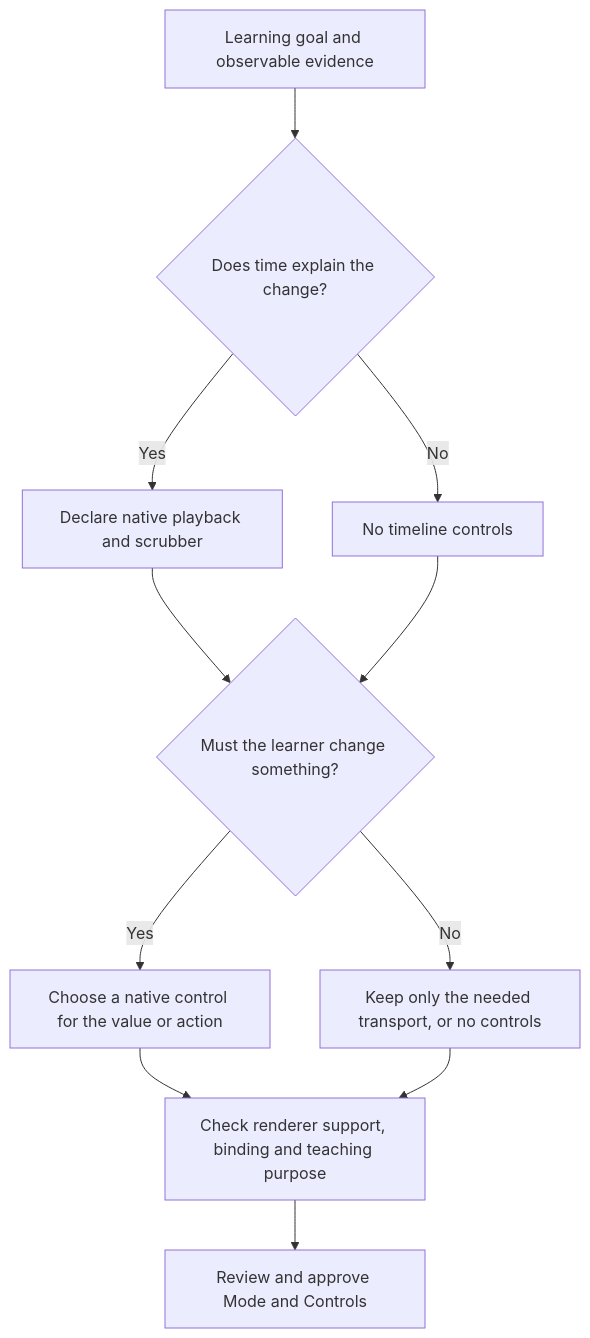
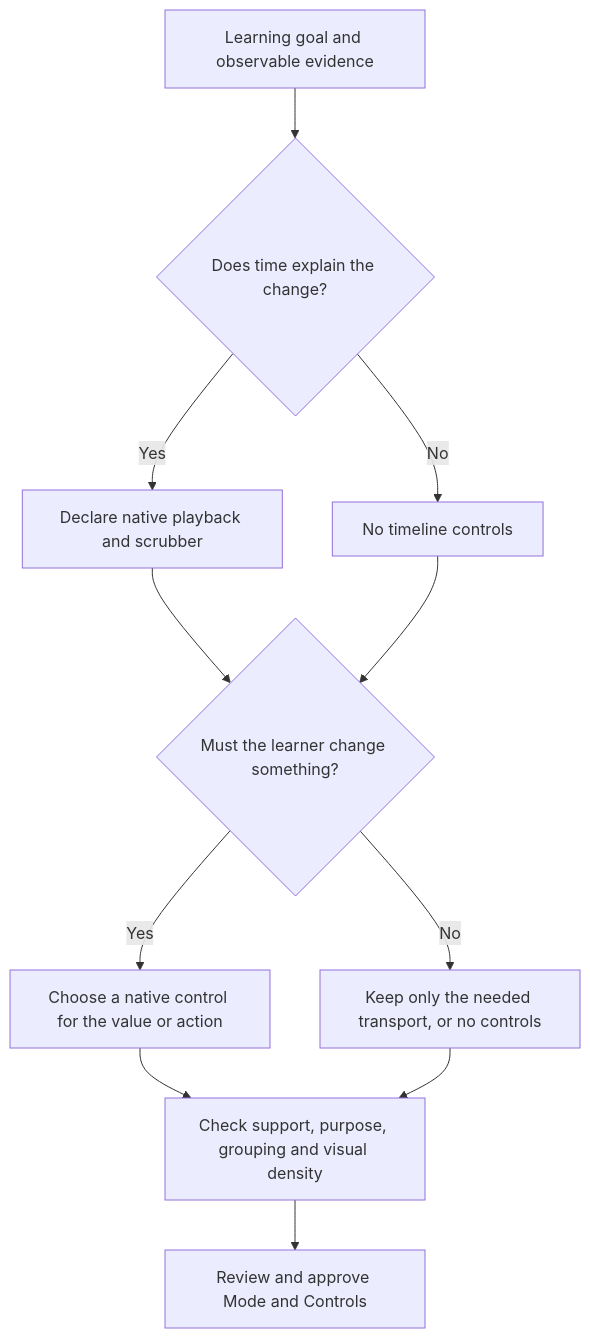
One commit to Rabbit-Hole-App/Rabbit-Hole changed the diagram in docs/features/interact.md. Above: the diagram before and after it, drawn with Mermaid. The commit also changed other lines of this file, not shown here.

````diff
--- a/docs/features/interact.md
+++ b/docs/features/interact.md
@@ -95,13 +95,13 @@
 ```mermaid
 flowchart TD
     A["Learning goal and observable evidence"] --> B{"Does time explain the change?"}
     B -->|Yes| C["Declare native playback and scrubber"]
     B -->|No| D["No timeline controls"]
     C --> E{"Must the learner change something?"}
     D --> E
     E -->|Yes| F["Choose a native control for the value or action"]
     E -->|No| G["Keep only the needed transport, or no controls"]
-    F --> H["Check renderer support, binding and teaching purpose"]
+    F --> H["Check support, purpose, grouping and visual density"]
     G --> H
     H --> I["Review and approve Mode and Controls"]
 ```
````
